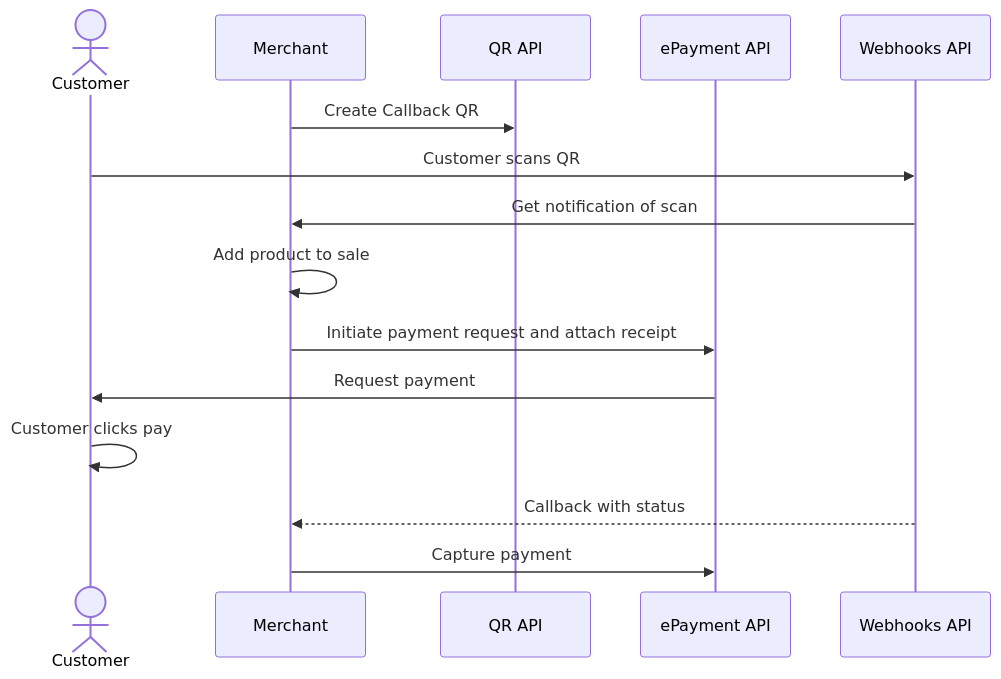
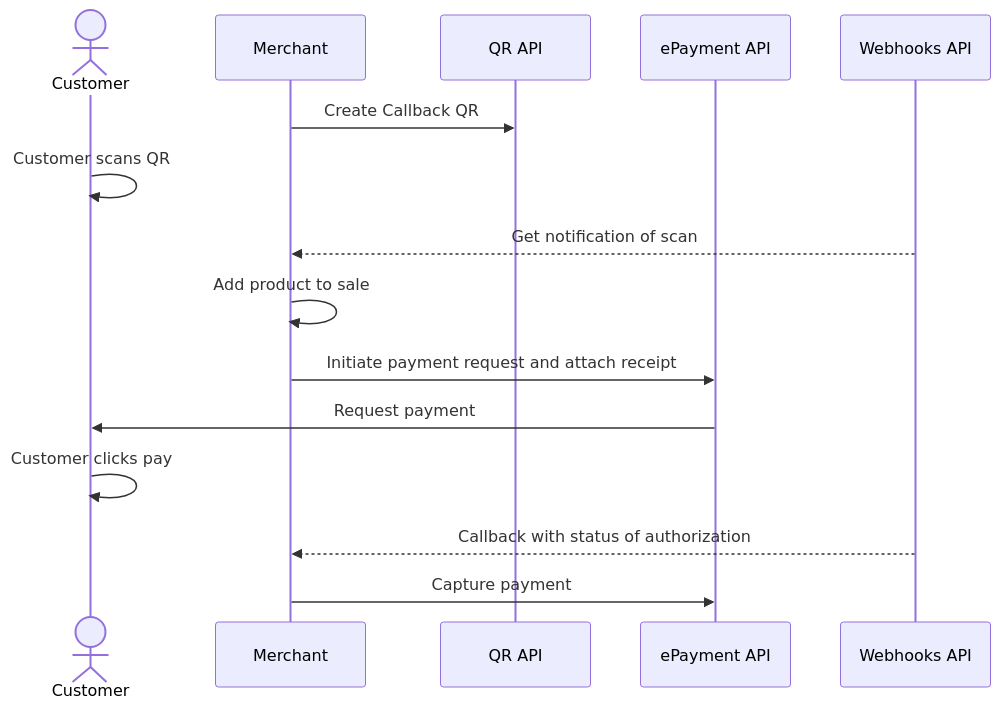
The diagram in static-qr-at-pos/README.md (vippsas/vipps-solutions), drawn with Mermaid before and after one commit. The commit also changed 5 other files, not shown here.

Commit message:
Updates to seq diagrams

````diff
--- a/static-qr-at-pos/README.md
+++ b/static-qr-at-pos/README.md
@@ -184,18 +184,18 @@
 ``` mermaid
 sequenceDiagram
     actor C as Customer
     participant M as Merchant
     participant QR as QR API
     participant ePayment as ePayment API
     participant Webhooks as Webhooks API
 
     M->>QR: Create Callback QR
-    C->>Webhooks: Customer scans QR
-    Webhooks->>M: Get notification of scan
+    C->>C: Customer scans QR
+    Webhooks-->>M: Get notification of scan
     M->>M: Add product to sale
     M->>ePayment: Initiate payment request and attach receipt
     ePayment->>C: Request payment
     C->>C: Customer clicks pay
-    Webhooks-->>M: Callback with status
+    Webhooks-->>M: Callback with status of authorization
     M->>ePayment: Capture payment
 ```
````
